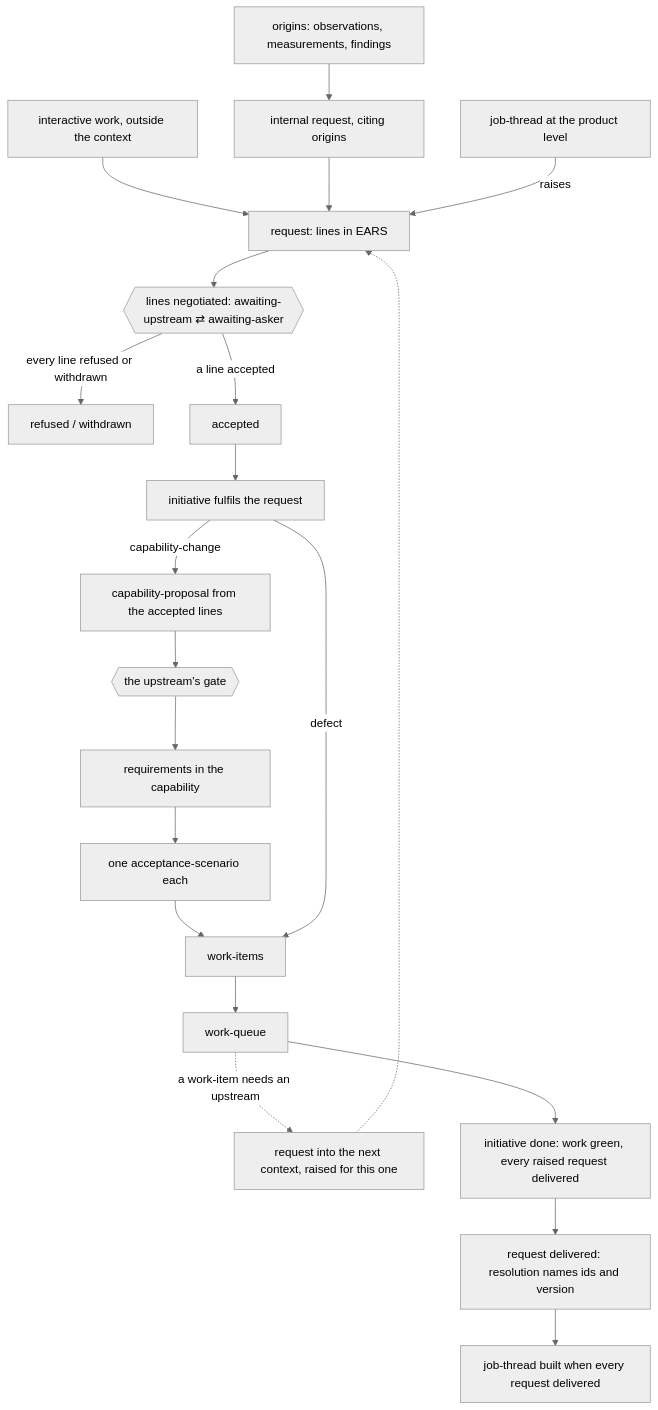
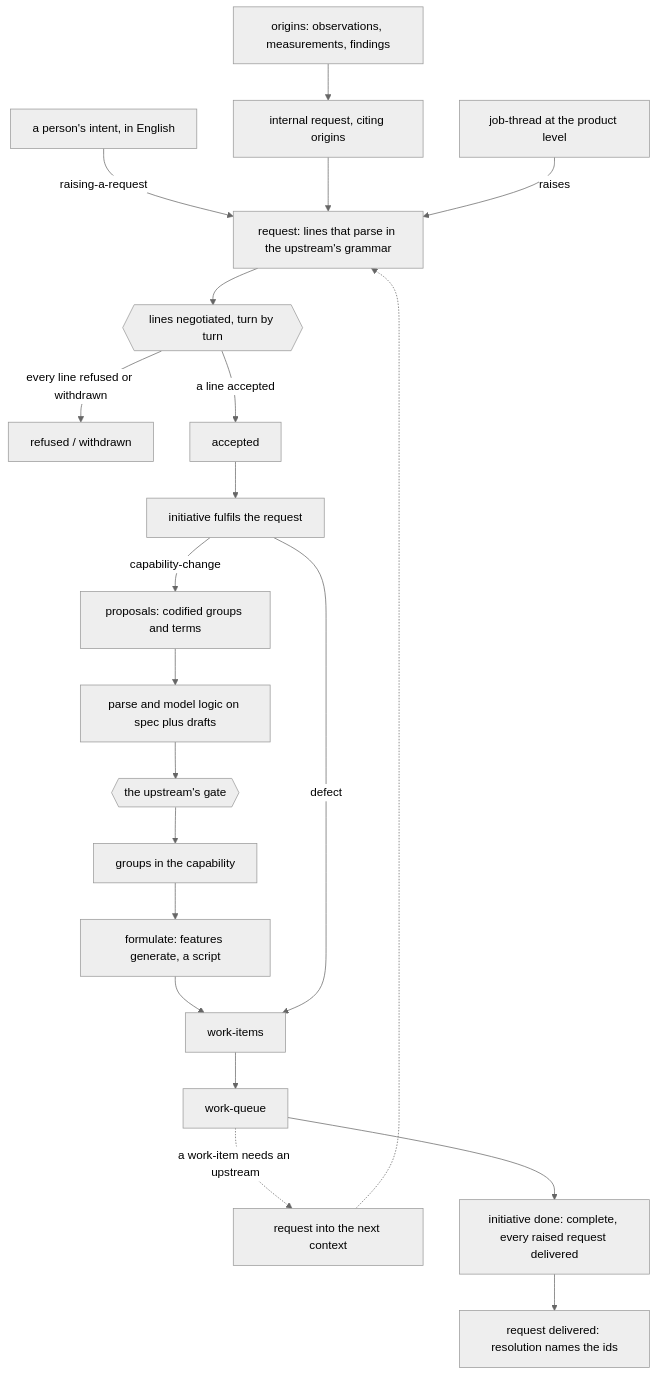
The first of 2 diagrams in docs/design-model/design-model.md (dstengle/shopsystem-bdd), drawn with Mermaid (neutral theme) before and after one commit. The commit also changed other lines of this file and 4 other files, not shown here.

````diff
--- a/docs/design-model/design-model.md
+++ b/docs/design-model/design-model.md
@@ -287,15 +330,16 @@
 ```mermaid
 flowchart TB
-  iw[interactive work, outside the context] --> rq
+  intent[a person's intent, in English] -->|raising-a-request| rq
   origins[origins: observations, measurements, findings] --> irq[internal request, citing origins] --> rq
-  jt[job-thread at the product level] -->|raises| rq[request: lines in EARS]
-  rq --> neg{{lines negotiated: awaiting-upstream ⇄ awaiting-asker}}
+  jt[job-thread at the product level] -->|raises| rq[request: lines that parse in the upstream's grammar]
+  rq --> neg{{lines negotiated, turn by turn}}
   neg -->|every line refused or withdrawn| refused[refused / withdrawn]
   neg -->|a line accepted| acc[accepted] --> init[initiative fulfils the request]
-  init -->|capability-change| cp[capability-proposal from the accepted lines]
-  cp --> gate{{the upstream's gate}} --> spec[requirements in the capability] --> form[one acceptance-scenario each] --> wi[work-items] --> queue[work-queue]
+  init -->|capability-change| cp[proposals: codified groups and terms]
+  cp --> chk[parse and model logic on spec plus drafts] --> gate{{the upstream's gate}} --> spec[groups in the capability]
+  spec --> form[formulate: features generate, a script] --> wi[work-items] --> queue[work-queue]
   init -->|defect| wi
-  queue -.->|a work-item needs an upstream| rq2[request into the next context, raised for this one] -.-> rq
-  queue --> done[initiative done: work green, every raised request delivered]
-  done --> deliv[request delivered: resolution names ids and version] --> built[job-thread built when every request delivered]
+  queue -.->|a work-item needs an upstream| rq2[request into the next context] -.-> rq
+  queue --> done[initiative done: complete, every raised request delivered]
+  done --> deliv[request delivered: resolution names the ids]
 ```
````
